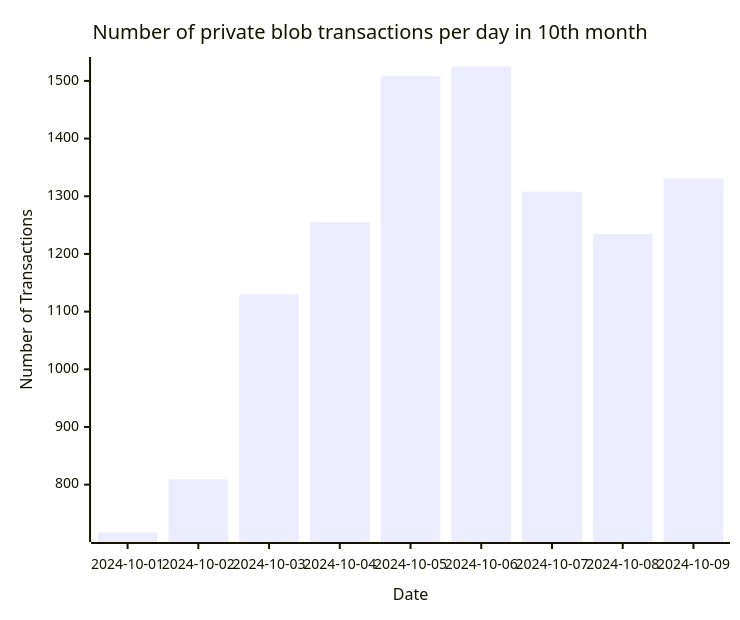
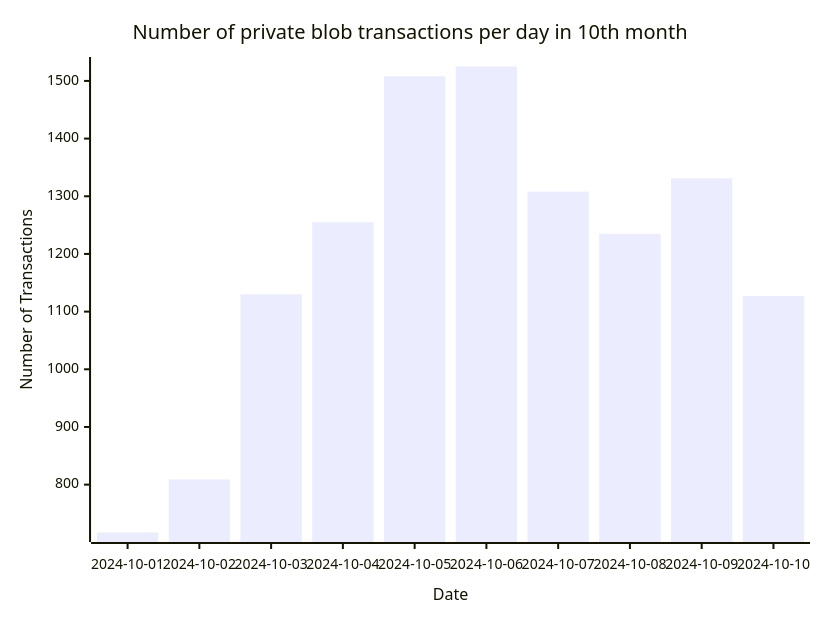
The eighth of 8 diagrams in README.md (Amit0617/eip4844-data), drawn with Mermaid before and after one commit. The commit also changed 1 other file, not shown here.

````diff
--- a/README.md
+++ b/README.md
@@ -92,12 +92,12 @@
 ```mermaid
 ---
 config:
     xyChart:
-        width: 720
+        width: 800
         height: 600
 ---
 xychart-beta title "Number of private blob transactions per day in 10th month"
-x-axis "Date" [2024-10-01,2024-10-02,2024-10-03,2024-10-04,2024-10-05,2024-10-06,2024-10-07,2024-10-08,2024-10-09]
+x-axis "Date" [2024-10-01,2024-10-02,2024-10-03,2024-10-04,2024-10-05,2024-10-06,2024-10-07,2024-10-08,2024-10-09,2024-10-10]
 y-axis "Number of Transactions"
-bar[717,809,1130,1255,1508,1525,1308,1235,1331]
+bar[717,809,1130,1255,1508,1525,1308,1235,1331,1127]
 ```
````
